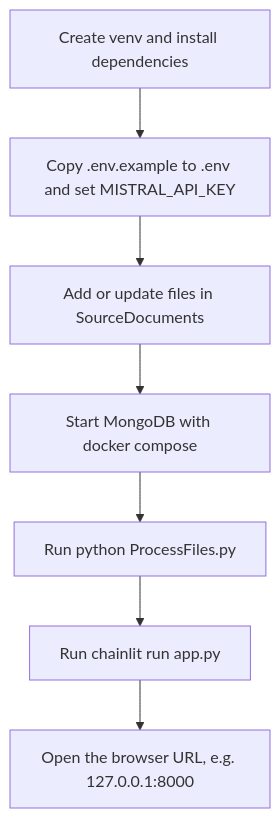
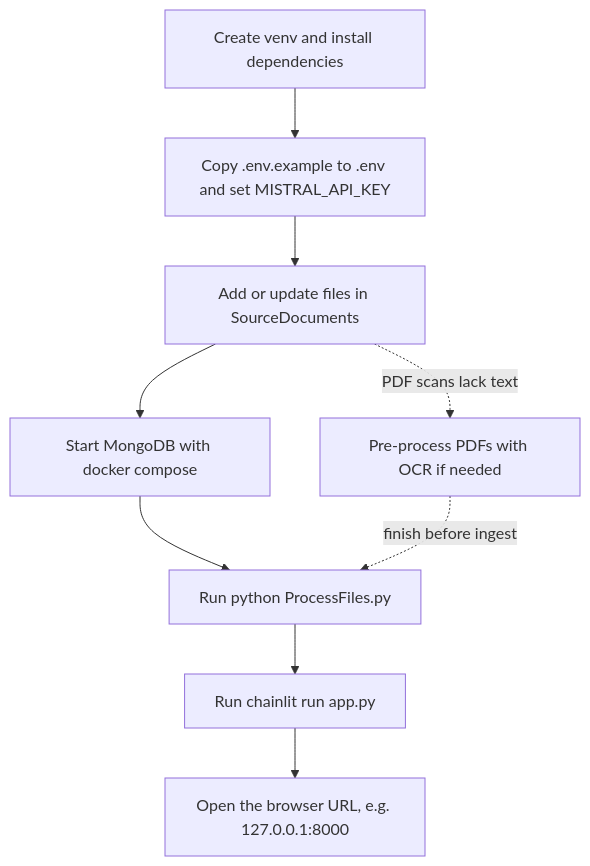
Before and after one commit to rendzina/Giulia-Chatbot-v1: the diagram in README.md, drawn with Mermaid. The commit also changed other lines of this file, not shown here.

Commit message:
Update README.md to clarify initial setup instructions, enhance flowchart details, and improve descriptions for OCR pre-processing and smoke test procedures.

````diff
--- a/README.md
+++ b/README.md
@@ -38,16 +42,19 @@
 ```mermaid
 flowchart TD
   firstVenv[Create venv and install dependencies]
   firstEnv[Copy .env.example to .env and set MISTRAL_API_KEY]
   addFiles[Add or update files in SourceDocuments]
   startMongo[Start MongoDB with docker compose]
   ingest[Run python ProcessFiles.py]
+  ocrPdf[Pre-process PDFs with OCR if needed]
   runUi[Run chainlit run app.py]
   openUi["Open the browser URL, e.g. 127.0.0.1:8000"]
   firstVenv --> firstEnv
   firstEnv --> addFiles
   addFiles --> startMongo
   startMongo --> ingest
+  addFiles -.->|PDF scans lack text| ocrPdf
+  ocrPdf -.->|finish before ingest| ingest
   ingest --> runUi
   runUi --> openUi
 ```
````
